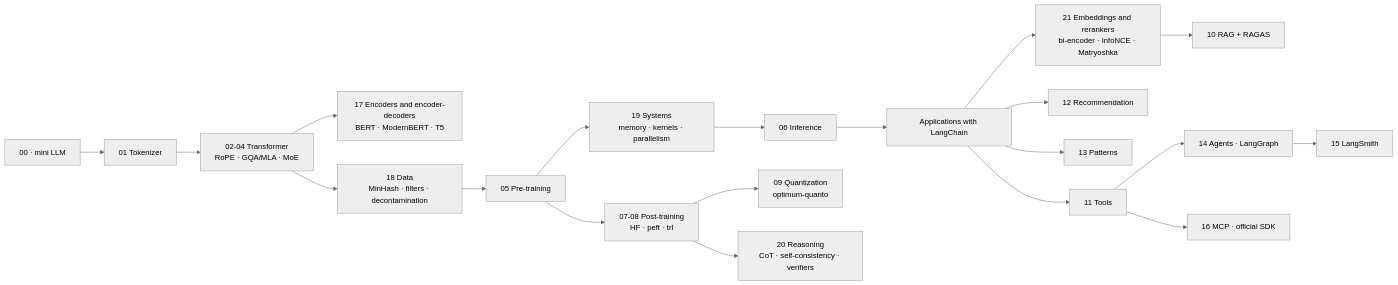
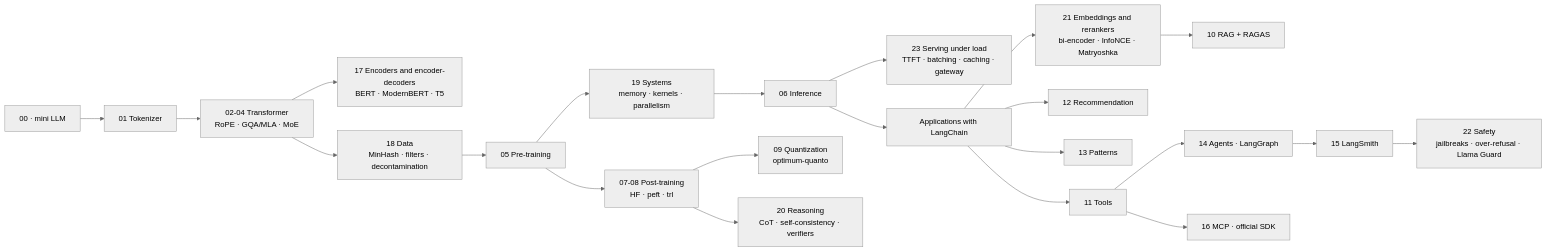
One commit to ZoodiacR/llm-edu-suite changed the diagram in docs/en/README.md. Above: the diagram before and after it, drawn with Mermaid (neutral theme). The commit also changed other lines of this file and 17 other files, not shown here.

First line of the commit message:
Add safety and serving notebooks (v2.6)

````diff
--- a/docs/en/README.md
+++ b/docs/en/README.md
@@ -46,22 +50,24 @@
 ```mermaid
 flowchart LR
     Z[00 · mini LLM] --> B[01 Tokenizer]
     B --> C[02-04 Transformer<br/>RoPE · GQA/MLA · MoE]
     C --> Q["17 Encoders and encoder-decoders<br/>BERT · ModernBERT · T5"]
     C --> P["18 Data<br/>MinHash · filters · decontamination"]
     P --> D[05 Pre-training]
     D --> S["19 Systems<br/>memory · kernels · parallelism"]
     S --> E[06 Inference]
+    E --> V["23 Serving under load<br/>TTFT · batching · caching · gateway"]
     D --> F["07-08 Post-training<br/>HF · peft · trl"]
     F --> G["09 Quantization<br/>optimum-quanto"]
     F --> R["20 Reasoning<br/>CoT · self-consistency · verifiers"]
     E --> H[Applications with LangChain]
     H --> T["21 Embeddings and rerankers<br/>bi-encoder · InfoNCE · Matryoshka"]
     T --> I["10 RAG + RAGAS"]
     H --> K[12 Recommendation]
     H --> L[13 Patterns]
     H --> J[11 Tools]
     J --> M["14 Agents · LangGraph"]
     J --> N["16 MCP · official SDK"]
     M --> O["15 LangSmith"]
+    O --> U["22 Safety<br/>jailbreaks · over-refusal · Llama Guard"]
 ```
````
